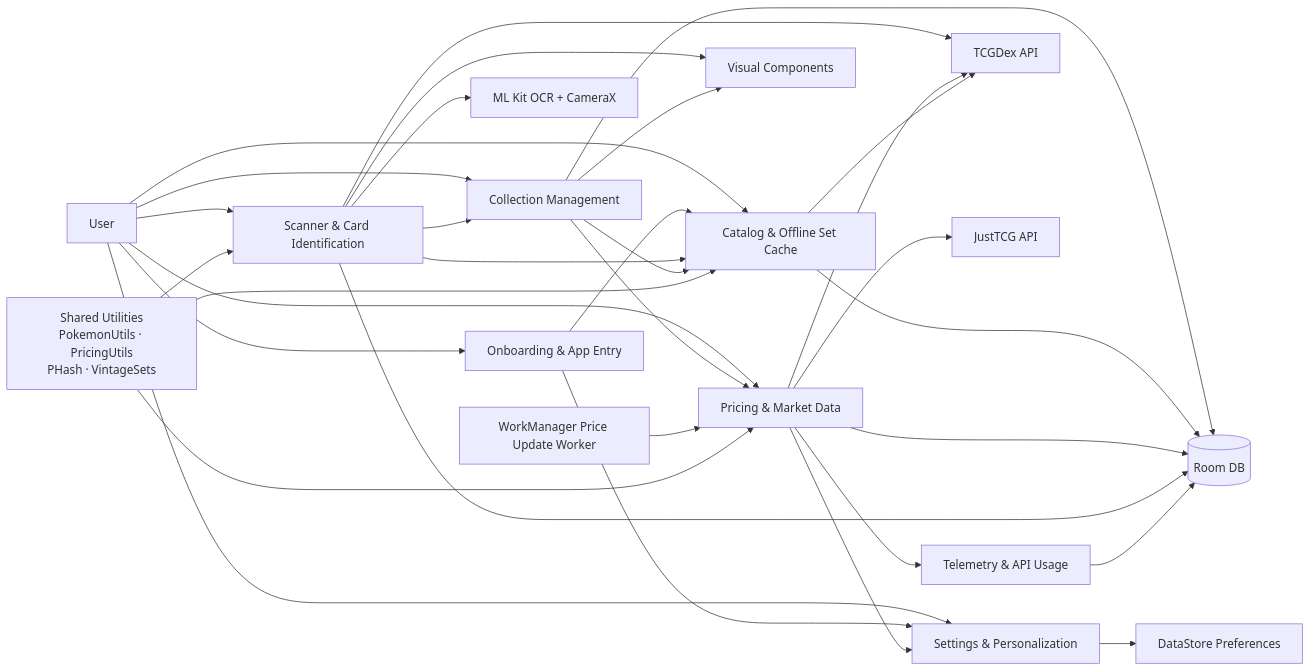
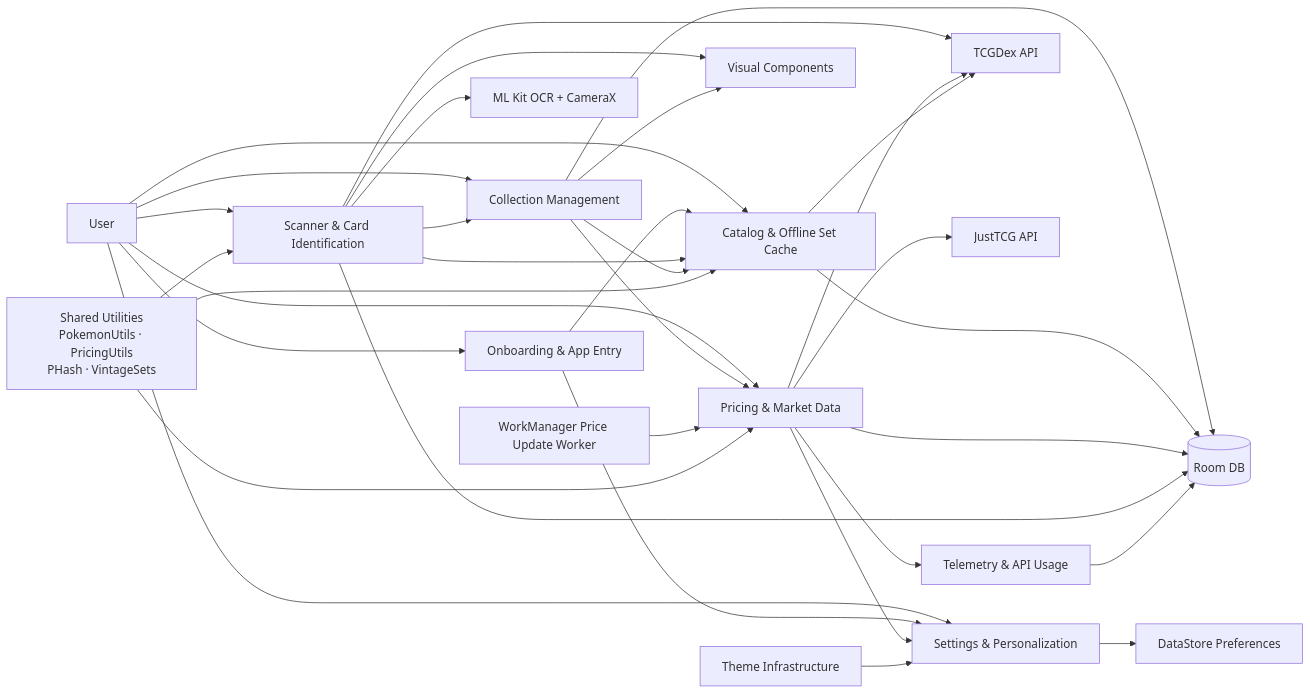
Before and after one commit to mFontecchio/vaultio: the diagram in context-map.md, drawn with Mermaid. The commit also changed other lines of this file and 8 other files, not shown here.

````diff
--- a/context-map.md
+++ b/context-map.md
@@ -44,42 +85,44 @@
 ```mermaid
 flowchart LR
     U[User] --> ONB[Onboarding & App Entry]
     U --> COL[Collection Management]
     U --> SCN[Scanner & Card Identification]
     U --> CAT[Catalog & Offline Set Cache]
     U --> PRC[Pricing & Market Data]
     U --> SET[Settings & Personalization]
 
     ONB --> SET
     ONB --> CAT
 
     SCN --> CAT
     SCN --> COL
     SCN --> TCG[TCGDex API]
     SCN --> OCR[ML Kit OCR + CameraX]
     SCN --> VIS[Visual Components]
 
     COL --> CAT
     COL --> PRC
     COL --> VIS
 
     PRC --> TCG
     PRC --> JTCG[JustTCG API]
     PRC --> SET
 
     CAT --> TCG
 
     SET --> DS[DataStore Preferences]
     COL --> DB[(Room DB)]
     CAT --> DB
     PRC --> DB
     SCN --> DB
 
     WRK[WorkManager Price Update Worker] --> PRC
     PRC --> TEL[Telemetry & API Usage]
     TEL --> DB
 
+    THM[Theme Infrastructure] --> SET
+
     UTILS[Shared Utilities<br/>PokemonUtils · PricingUtils<br/>PHash · VintageSets] --> CAT
     UTILS --> SCN
     UTILS --> PRC
 ```
````
